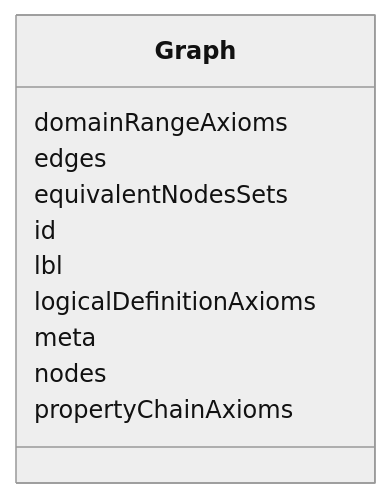
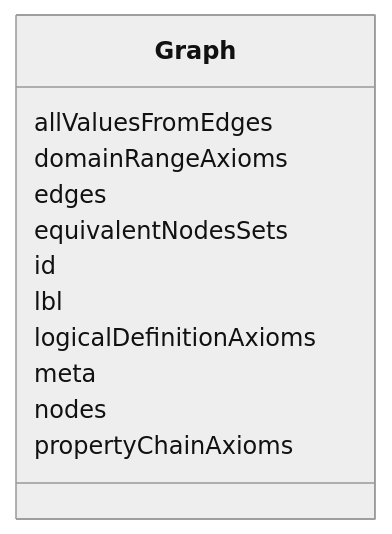
The diagram in docs/datamodels/obograph/Graph.md (INCATools/ontology-access-kit), drawn with Mermaid (neutral theme) before and after one commit. The commit also changed other lines of this file and 45 other files, not shown here.

First line of the commit message:
Added allValuesFromEdges to OBO Graph data model.

````diff
--- a/docs/datamodels/obograph/Graph.md
+++ b/docs/datamodels/obograph/Graph.md
@@ -11,14 +8,15 @@
 ```{mermaid}
  classDiagram
     class Graph
+      Graph : allValuesFromEdges
       Graph : domainRangeAxioms
       Graph : edges
       Graph : equivalentNodesSets
       Graph : id
       Graph : lbl
       Graph : logicalDefinitionAxioms
       Graph : meta
       Graph : nodes
       Graph : propertyChainAxioms
       
 ```
````
